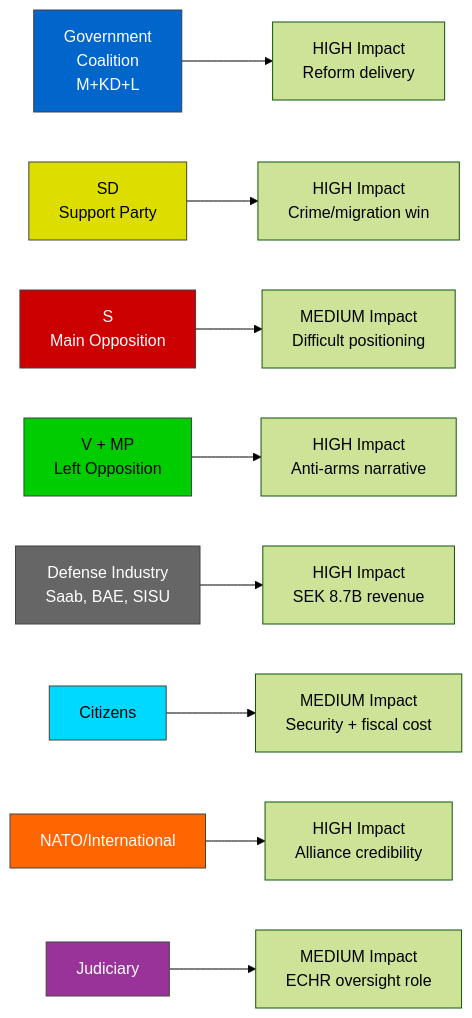
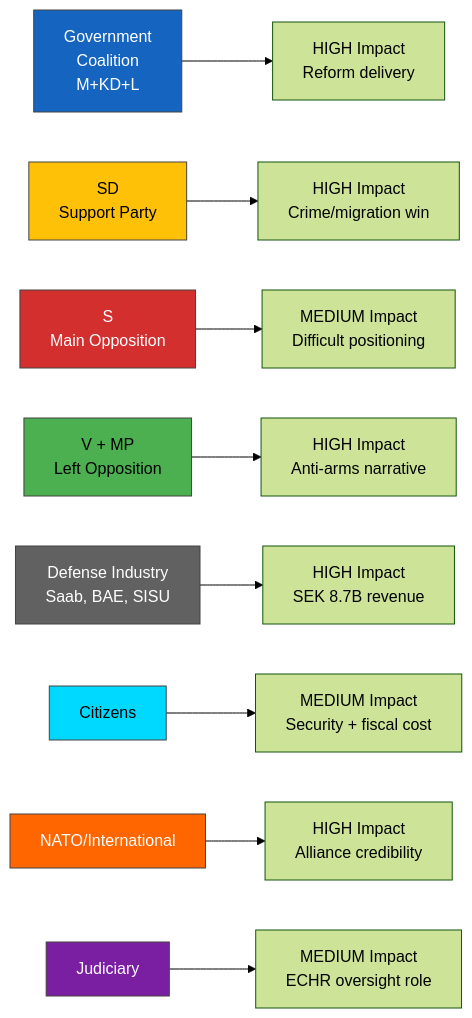
Before and after one commit to Hack23/riksdagsmonitor: the diagram in analysis/daily/2026-04-03/realtime-2200/stakeholder-perspectives.md, drawn with Mermaid (forest theme). The commit also changed 121 other files, not shown here.

````diff
--- a/analysis/daily/2026-04-03/realtime-2200/stakeholder-perspectives.md
+++ b/analysis/daily/2026-04-03/realtime-2200/stakeholder-perspectives.md
@@ -14,20 +14,20 @@
 ```mermaid
 flowchart LR
     A["Government<br/>Coalition<br/>M+KD+L"] --> B["HIGH Impact<br/>Reform delivery"]
     C["SD<br/>Support Party"] --> D["HIGH Impact<br/>Crime/migration win"]
     E["S<br/>Main Opposition"] --> F["MEDIUM Impact<br/>Difficult positioning"]
     G["V + MP<br/>Left Opposition"] --> H["HIGH Impact<br/>Anti-arms narrative"]
     I["Defense Industry<br/>Saab, BAE, SISU"] --> J["HIGH Impact<br/>SEK 8.7B revenue"]
     K["Citizens"] --> L["MEDIUM Impact<br/>Security + fiscal cost"]
     M["NATO/International"] --> N["HIGH Impact<br/>Alliance credibility"]
     O["Judiciary"] --> P["MEDIUM Impact<br/>ECHR oversight role"]
     
-    style A fill:#0066cc,stroke:#424242,color:#FFFFFF
-    style C fill:#dddd00,stroke:#424242,color:#000000
-    style E fill:#cc0000,stroke:#424242,color:#FFFFFF
-    style G fill:#00cc00,stroke:#424242,color:#000000
-    style I fill:#666666,stroke:#424242,color:#FFFFFF
+    style A fill:#1565C0,stroke:#424242,color:#FFFFFF
+    style C fill:#FFC107,stroke:#424242,color:#000000
+    style E fill:#D32F2F,stroke:#424242,color:#FFFFFF
+    style G fill:#4CAF50,stroke:#424242,color:#000000
+    style I fill:#616161,stroke:#424242,color:#FFFFFF
     style K fill:#00d9ff,stroke:#424242,color:#000000
     style M fill:#ff6600,stroke:#424242,color:#FFFFFF
-    style O fill:#993399,stroke:#424242,color:#FFFFFF
+    style O fill:#7B1FA2,stroke:#424242,color:#FFFFFF
 ```
````
